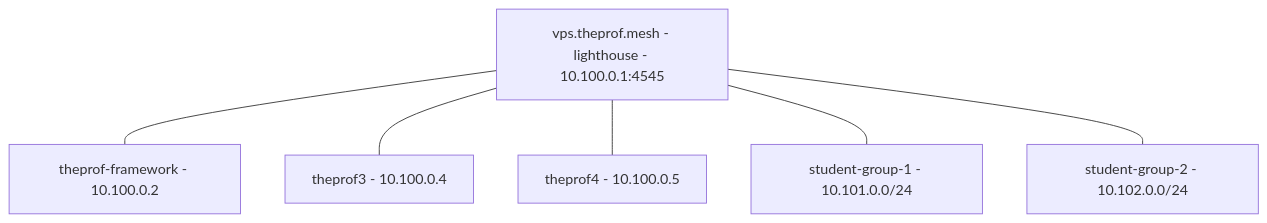
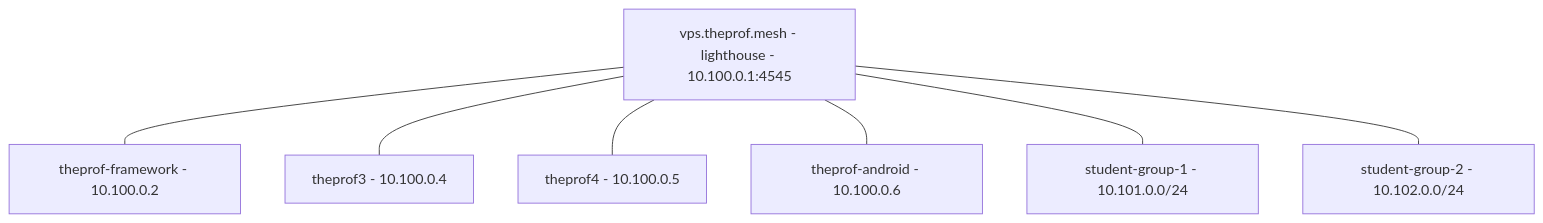
Before and after one commit to iotempire/nebula-manager: the diagram in docs/user-stories.md, drawn with Mermaid. The commit also changed other lines of this file and 5 other files, not shown here.

````diff
--- a/docs/user-stories.md
+++ b/docs/user-stories.md
@@ -65,14 +66,16 @@
 ```mermaid
 graph TD
   L["vps.theprof.mesh - lighthouse - 10.100.0.1:4545"]
   U1["theprof-framework - 10.100.0.2"]
   U3["theprof3 - 10.100.0.4"]
   U4["theprof4 - 10.100.0.5"]
+  P["theprof-android - 10.100.0.6"]
   G1["student-group-1 - 10.101.0.0/24"]
   G2["student-group-2 - 10.102.0.0/24"]
   L --- U1
   L --- U3
   L --- U4
+  L --- P
   L --- G1
   L --- G2
 ```
````
